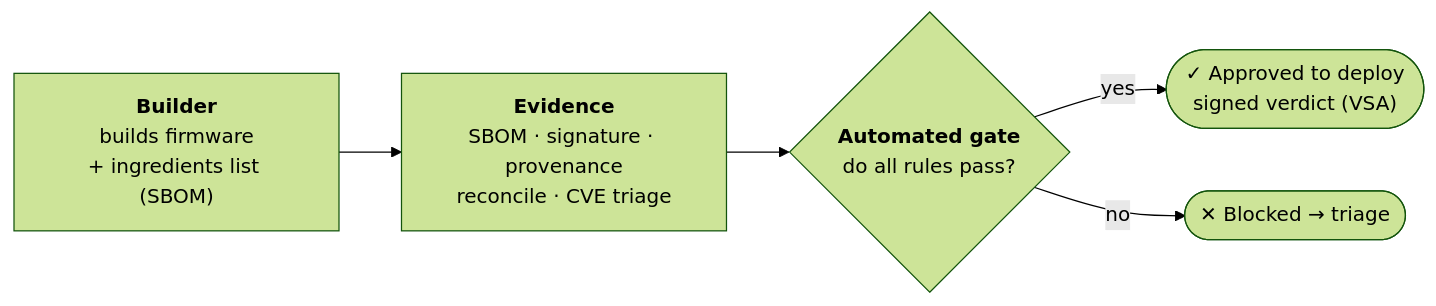
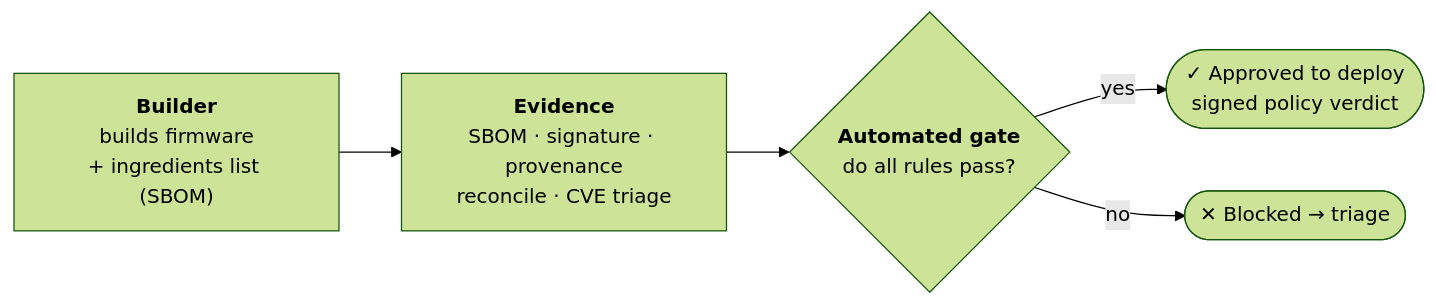
The first of 4 diagrams in DESIGN.md (houdini91/firmware-sbom-supplychain), drawn with Mermaid (forest theme) before and after one commit. The commit also changed other lines of this file and 1 other file, not shown here.

First line of the commit message:
docs: document the generalized policy-verdict predicate (E6, RATS/OSCAL)

````diff
--- a/DESIGN.md
+++ b/DESIGN.md
@@ -22,7 +22,7 @@
 ```mermaid
 flowchart LR
     BLD["<b>Builder</b><br/>builds firmware<br/>+ ingredients list (SBOM)"] --> EV["<b>Evidence</b><br/>SBOM · signature · provenance<br/>reconcile · CVE triage"]
     EV --> GATE{"<b>Automated gate</b><br/>do all rules pass?"}
-    GATE -->|yes| OK(["✓ Approved to deploy<br/>signed verdict (VSA)"])
+    GATE -->|yes| OK(["✓ Approved to deploy<br/>signed policy verdict"])
     GATE -->|no| NO(["✕ Blocked → triage"])
 ```
````
